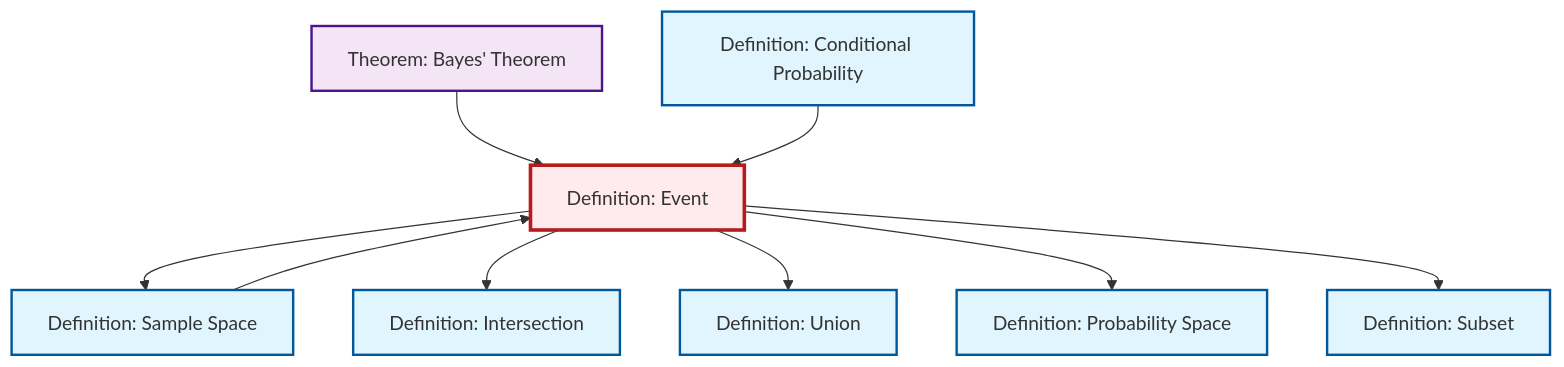
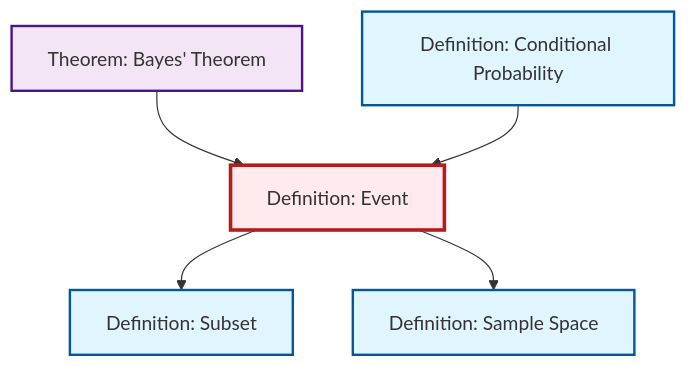
The diagram in content/en/probability-statistics/def-event.qmd (RK0429/ModernMath), drawn with Mermaid before and after one commit. The commit also changed 511 other files, not shown here.

````diff
--- a/content/en/probability-statistics/def-event.qmd
+++ b/content/en/probability-statistics/def-event.qmd
@@ -69,34 +69,19 @@
 ```{mermaid}
 %%| fig-cap: "Local dependency graph"
 graph TD
     classDef definition fill:#e1f5fe,stroke:#01579b,stroke-width:2px
     classDef theorem fill:#f3e5f5,stroke:#4a148c,stroke-width:2px
     classDef axiom fill:#fff3e0,stroke:#e65100,stroke-width:2px
     classDef example fill:#e8f5e9,stroke:#1b5e20,stroke-width:2px
     classDef current fill:#ffebee,stroke:#b71c1c,stroke-width:3px
+    def-conditional-probability["Definition: Conditional Probability"]:::definition
+    thm-bayes["Theorem: Bayes' Theorem"]:::theorem
+    def-sample-space["Definition: Sample Space"]:::definition
+    def-subset["Definition: Subset"]:::definition
     def-event["Definition: Event"]:::definition
-    def-sample-space["Definition: Sample Space"]:::definition
-    thm-bayes["Theorem: Bayes' Theorem"]:::theorem
-    def-probability-space["Definition: Probability Space"]:::definition
-    def-conditional-probability["Definition: Conditional Probability"]:::definition
-    def-union["Definition: Union"]:::definition
-    def-subset["Definition: Subset"]:::definition
-    def-intersection["Definition: Intersection"]:::definition
+    thm-bayes --> def-event
+    def-conditional-probability --> def-event
+    def-event --> def-subset
     def-event --> def-sample-space
-    def-event --> def-intersection
-    def-event --> def-union
-    thm-bayes --> def-event
-    def-event --> def-probability-space
-    def-event --> def-subset
-    def-conditional-probability --> def-event
-    def-sample-space --> def-event
     class def-event current
-
-    click def-sample-space "def-sample-space.html" "Go to Sample Space definition"
-    click thm-bayes "thm-bayes.html" "Go to Bayes' Theorem theorem"
-    click def-probability-space "def-probability-space.html" "Go to Probability Space definition"
-    click def-conditional-probability "def-conditional-probability.html" "Go to Conditional Probability definition"
-    click def-union "def-union.html" "Go to Union definition"
-    click def-subset "def-subset.html" "Go to Subset definition"
-    click def-intersection "def-intersection.html" "Go to Intersection definition"
 ```
````
